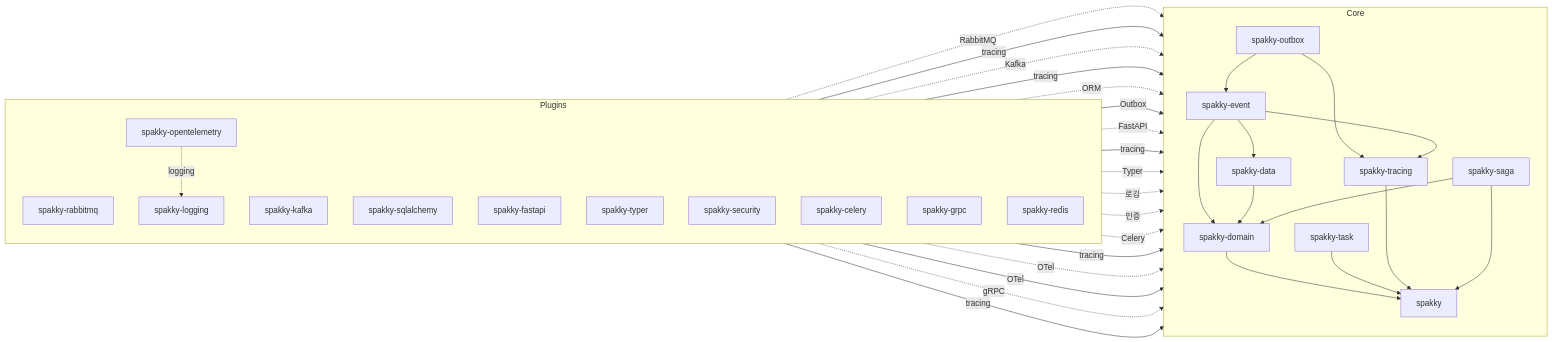
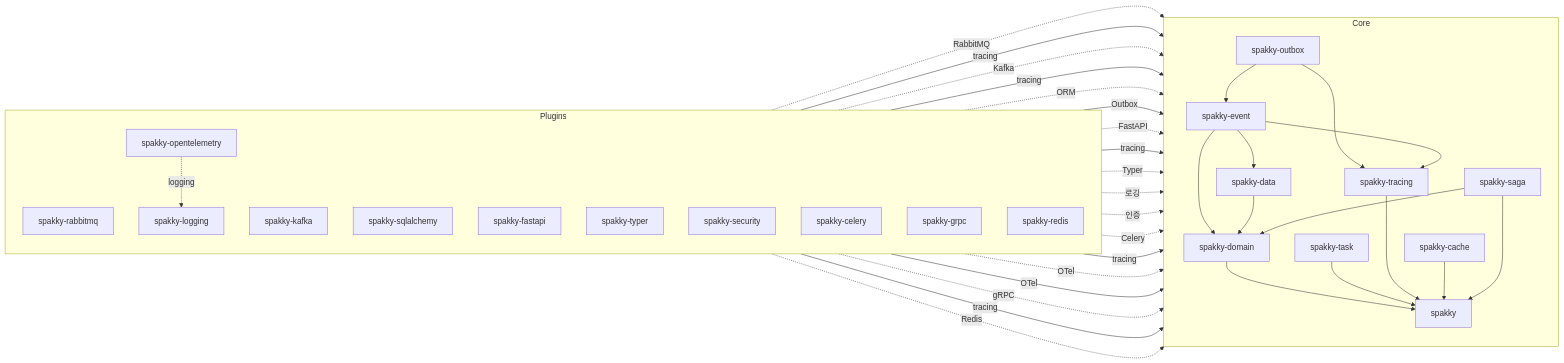
The diagram in docs/index.md (E5presso/spakky-framework), drawn with Mermaid before and after one commit. The commit also changed 5 other files, not shown here.

````diff
--- a/docs/index.md
+++ b/docs/index.md
@@ -254,51 +254,53 @@
 ```mermaid
 flowchart LR
   subgraph Plugins[Plugins]
     direction TB
     rabbitmq[spakky-rabbitmq]
     kafka[spakky-kafka]
     sqlalchemy[spakky-sqlalchemy]
     fastapi[spakky-fastapi]
     typer[spakky-typer]
     logging[spakky-logging]
     security[spakky-security]
     celery[spakky-celery]
     opentelemetry[spakky-opentelemetry]
     grpc[spakky-grpc]
     redis[spakky-redis]
   end
 
   subgraph Core[Core]
     direction TB
     outbox[spakky-outbox] --> event[spakky-event]
     outbox --> tracing_dep[spakky-tracing]
     event --> data[spakky-data]
     event --> tracing_dep
     event --> domain[spakky-domain]
     data --> domain
     domain --> core[spakky]
     task[spakky-task] --> core
     tracing_dep --> core
+    cache[spakky-cache] --> core
     saga[spakky-saga] --> domain
     saga --> core
   end
 
   rabbitmq -. RabbitMQ .-> event
   rabbitmq -- tracing --> tracing_dep
   kafka -. Kafka .-> event
   kafka -- tracing --> tracing_dep
   sqlalchemy -. ORM .-> data
   sqlalchemy -- Outbox --> outbox
   fastapi -. FastAPI .-> core
   fastapi -- tracing --> tracing_dep
   typer -. Typer .-> core
   logging -. 로깅 .-> core
   security -. 인증 .-> core
   celery -. Celery .-> task
   celery -- tracing --> tracing_dep
   opentelemetry -. OTel .-> core
   opentelemetry -- OTel --> tracing_dep
   opentelemetry -. logging .-> logging
   grpc -. gRPC .-> core
   grpc -- tracing --> tracing_dep
+  redis -. Redis .-> cache
 ```
````
